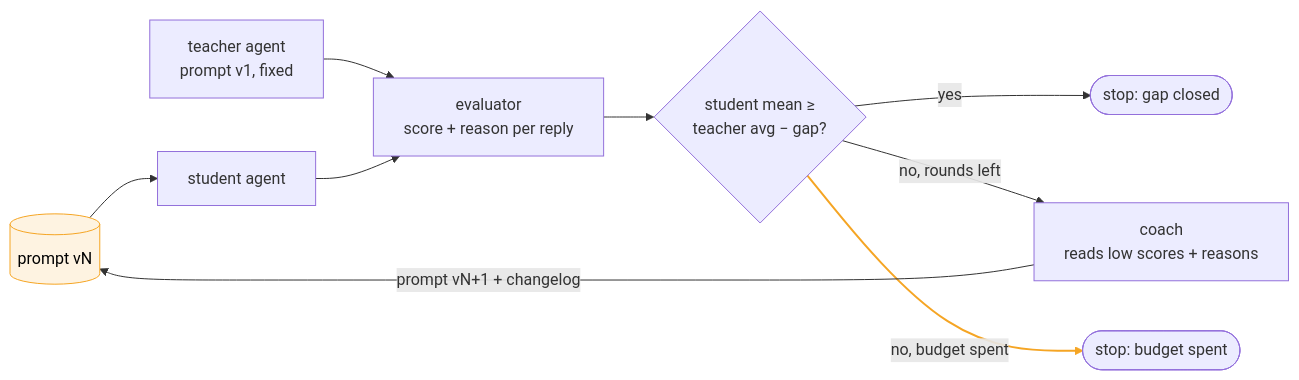
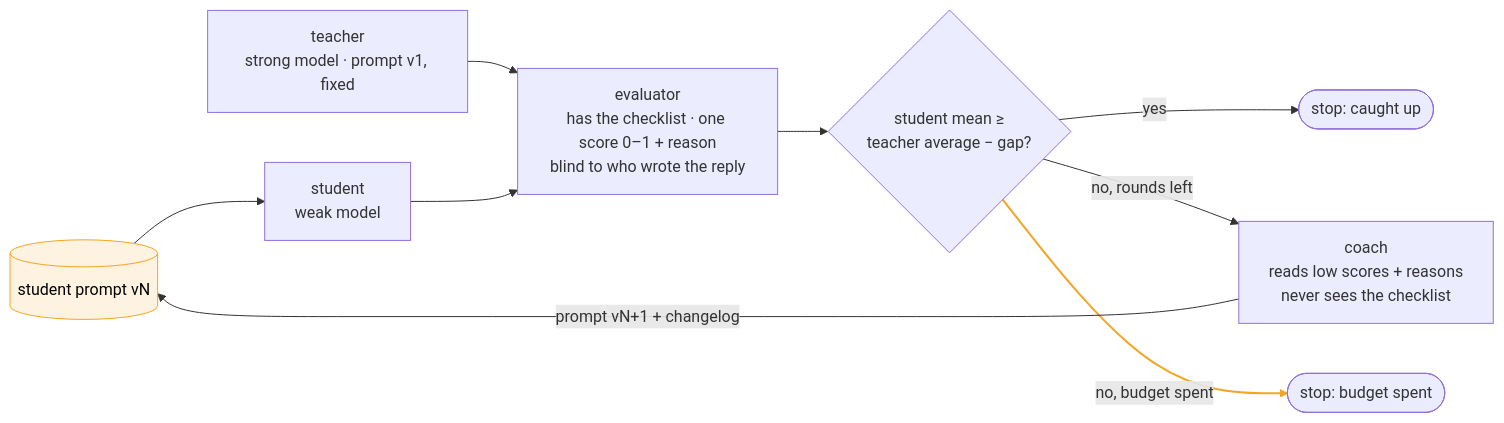
The diagram in README.md (komodorio/hello-world-continual-learning), drawn with Mermaid before and after one commit. The commit also changed other lines of this file, not shown here.

Commit message:
README rewritten: what / why / how, screenshots, one real run, short deep dive

````diff
--- a/README.md
+++ b/README.md
@@ -117,14 +32,14 @@
 ```mermaid
 flowchart LR
     classDef student fill:#f5a52422,stroke:#f5a524,color:#000
-    P[("prompt vN")]:::student
-    P --> S[student agent]
-    T[teacher agent<br/>prompt v1, fixed] --> J
-    S --> J[evaluator<br/>score + reason per reply]
-    J --> D{student mean ≥<br/>teacher avg − gap?}
-    D -- yes --> X([stop: gap closed])
-    D -- no, rounds left --> C[coach<br/>reads low scores + reasons]
+    P[("student prompt vN")]:::student
+    P --> S[student<br/>weak model]
+    T[teacher<br/>strong model · prompt v1, fixed] --> J
+    S --> J[evaluator<br/>has the checklist · one score 0–1 + reason<br/>blind to who wrote the reply]
+    J --> D{student mean ≥<br/>teacher average − gap?}
+    D -- yes --> X([stop: caught up])
+    D -- no, rounds left --> C[coach<br/>reads low scores + reasons<br/>never sees the checklist]
     D -- no, budget spent --> Y([stop: budget spent])
     C -- "prompt vN+1 + changelog" --> P
     linkStyle 6 stroke:#f5a524,stroke-width:2px
 ```
````
